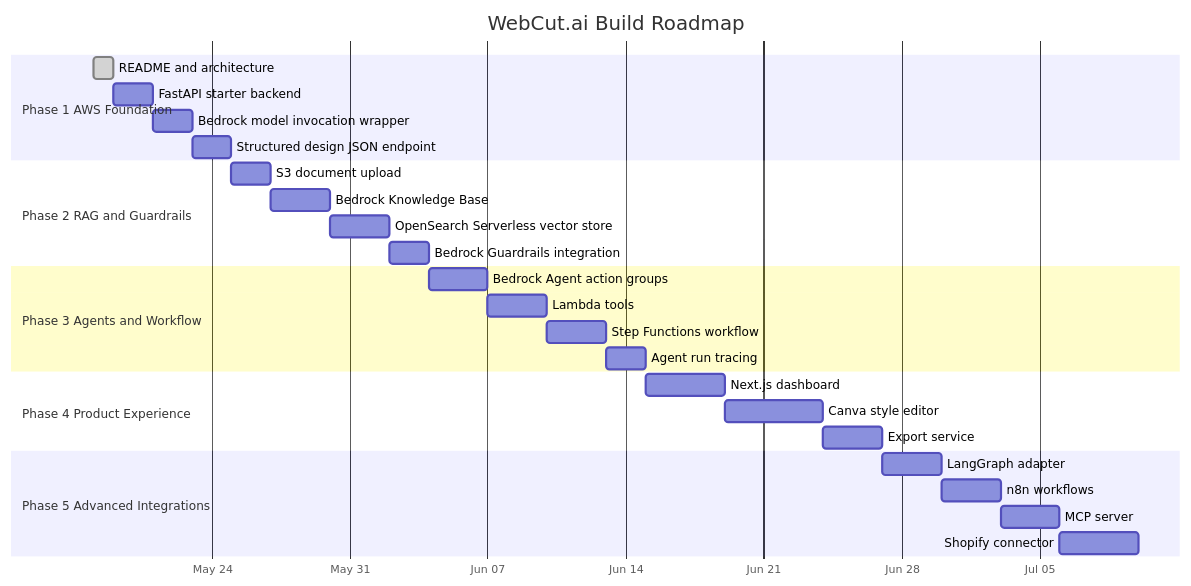
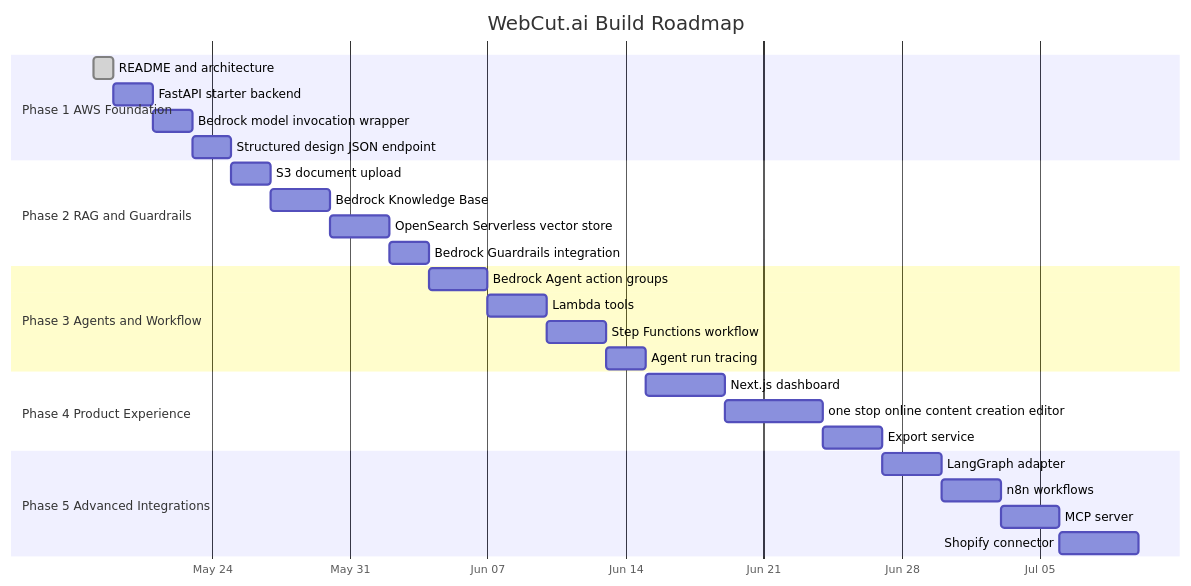
Before and after one commit to SwapnilMundhekar/WebCut.ai-CreativeOps-Agent-Platform: the ninth of 18 diagrams in README.md, drawn with Mermaid. The commit also changed other lines of this file, not shown here.

````diff
--- a/README.md
+++ b/README.md
@@ -539,35 +539,35 @@
 ```mermaid
 gantt
     title WebCut.ai Build Roadmap
     dateFormat  YYYY-MM-DD
     axisFormat  %b %d
 
     section Phase 1 AWS Foundation
     README and architecture                 :done, p1a, 2026-05-18, 1d
     FastAPI starter backend                 :p1b, 2026-05-19, 2d
     Bedrock model invocation wrapper        :p1c, 2026-05-21, 2d
     Structured design JSON endpoint         :p1d, 2026-05-23, 2d
 
     section Phase 2 RAG and Guardrails
     S3 document upload                      :p2a, 2026-05-25, 2d
     Bedrock Knowledge Base                  :p2b, 2026-05-27, 3d
     OpenSearch Serverless vector store      :p2c, 2026-05-30, 3d
     Bedrock Guardrails integration          :p2d, 2026-06-02, 2d
 
     section Phase 3 Agents and Workflow
     Bedrock Agent action groups             :p3a, 2026-06-04, 3d
     Lambda tools                            :p3b, 2026-06-07, 3d
     Step Functions workflow                 :p3c, 2026-06-10, 3d
     Agent run tracing                       :p3d, 2026-06-13, 2d
 
     section Phase 4 Product Experience
     Next.js dashboard                       :p4a, 2026-06-15, 4d
-    Canva style editor                      :p4b, 2026-06-19, 5d
+    one stop online content creation editor                      :p4b, 2026-06-19, 5d
     Export service                          :p4c, 2026-06-24, 3d
 
     section Phase 5 Advanced Integrations
     LangGraph adapter                       :p5a, 2026-06-27, 3d
     n8n workflows                           :p5b, 2026-06-30, 3d
     MCP server                              :p5c, 2026-07-03, 3d
     Shopify connector                       :p5d, 2026-07-06, 4d
 ```
````
